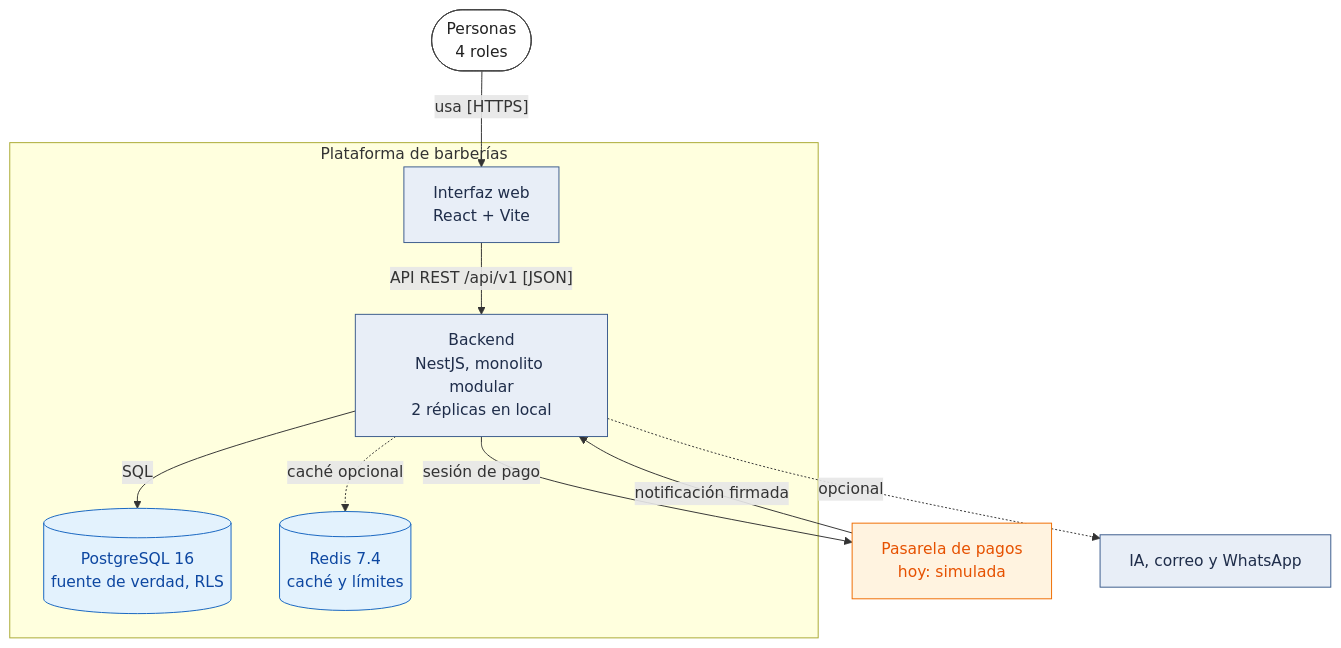
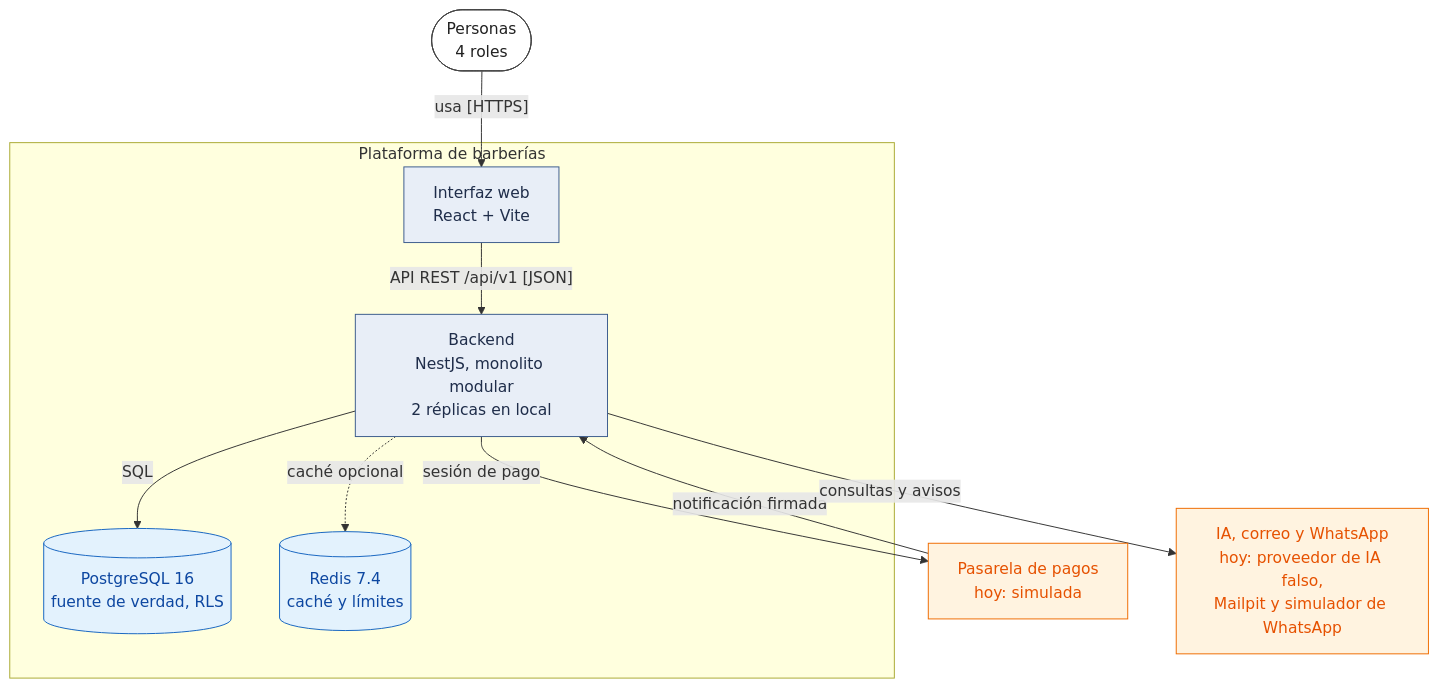
The diagram in docs/04-modelo-c4/Nivel2-DiagramadeContenedores.md (semcham/proyecto-final-barberia-ayacucho), drawn with Mermaid before and after one commit. The commit also changed other lines of this file and 12 other files, not shown here.

Commit message:
docs: actualizar diagramas C4, modelo de datos y vista de capas con las funcionalidades 004 a 011

````diff
--- a/docs/04-modelo-c4/Nivel2-DiagramadeContenedores.md
+++ b/docs/04-modelo-c4/Nivel2-DiagramadeContenedores.md
@@ -16,30 +16,29 @@
 ```mermaid
 flowchart TB
     USR(["Personas<br/>4 roles"])
     subgraph LIMITE["Plataforma de barberías"]
         WEB["Interfaz web<br/>React + Vite"]
         API["Backend<br/>NestJS, monolito modular<br/>2 réplicas en local"]
         PG[("PostgreSQL 16<br/>fuente de verdad, RLS")]
         RD[("Redis 7.4<br/>caché y límites")]
     end
     PAY["Pasarela de pagos<br/>hoy: simulada"]
-    EXT["IA, correo y WhatsApp"]
+    EXT["IA, correo y WhatsApp<br/>hoy: proveedor de IA falso,<br/>Mailpit y simulador de WhatsApp"]
     USR -->|"usa [HTTPS]"| WEB
     WEB -->|"API REST /api/v1 [JSON]"| API
     API -->|"SQL"| PG
     API -.->|"caché opcional"| RD
     API -->|"sesión de pago"| PAY
     PAY -->|"notificación firmada"| API
-    API -.->|"opcional"| EXT
+    API -->|"consultas y avisos"| EXT
 
     classDef persona fill:#ffffff,stroke:#424242,color:#212121
     classDef implementado fill:#e8eef7,stroke:#3b5b8c,color:#1f2d4a
     classDef planificado fill:#e8eef7,stroke:#3b5b8c,color:#1f2d4a
     classDef externo fill:#fff3e0,stroke:#ef6c00,color:#e65100
     classDef datos fill:#e3f2fd,stroke:#1565c0,color:#0d47a1
     class USR persona
     class WEB,API implementado
     class PG,RD datos
-    class PAY externo
-    class EXT planificado
+    class PAY,EXT externo
 ```
````
